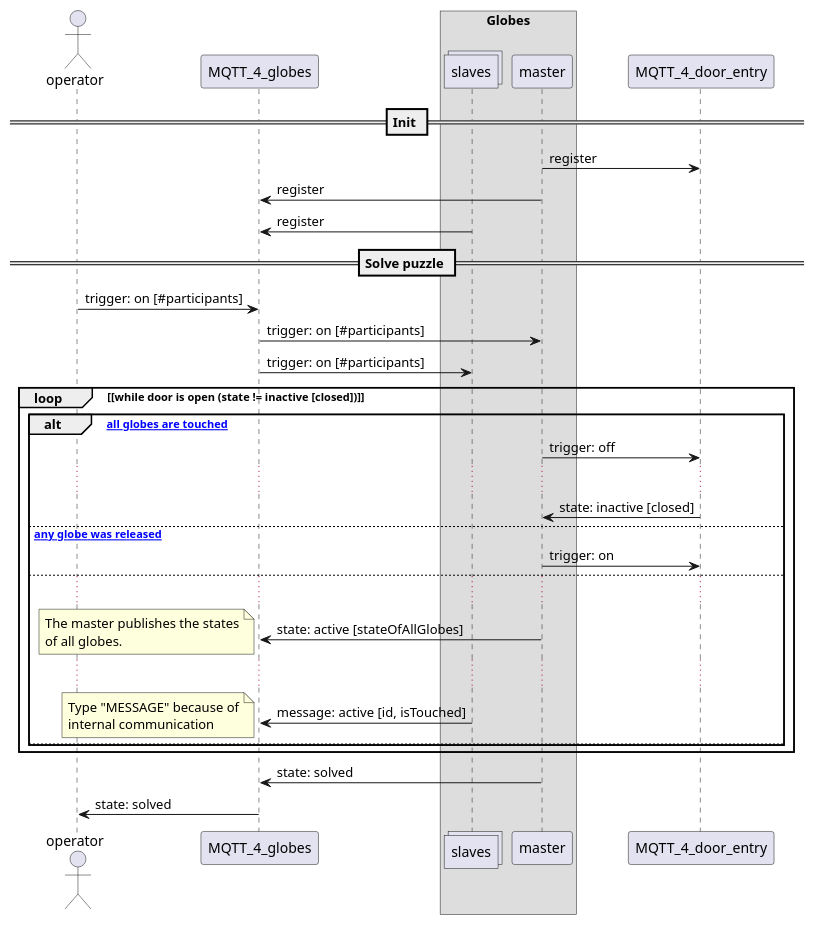
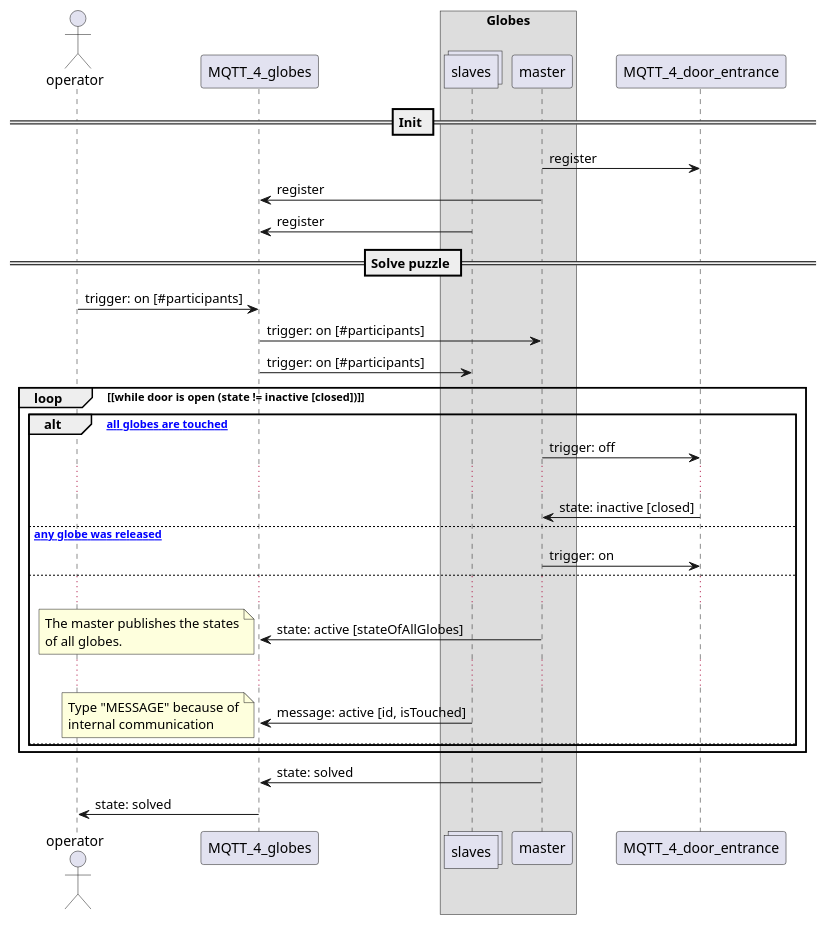
Before and after one commit to ubilab-ws21/operator: the diagram in design/group_4_puzzle_globes.puml, drawn with PlantUML. The commit also changed 1 other file, not shown here.

```diff
--- a/design/group_4_puzzle_globes.puml
+++ b/design/group_4_puzzle_globes.puml
@@ -1,47 +1,47 @@
 @startuml group_4_puzzle_globes
 actor operator
 participant MQTT_4_globes
 box "Globes"
     collections slaves
     participant master
 end box
-participant MQTT_4_door_entry
+participant MQTT_4_door_entrance
 
 == Init ==
-master -> MQTT_4_door_entry: register
+master -> MQTT_4_door_entrance: register
 master -> MQTT_4_globes: register
 slaves -> MQTT_4_globes: register
 
 == Solve puzzle ==
 operator -> MQTT_4_globes: trigger: on [#participants]
 MQTT_4_globes -> master: trigger: on [#participants]
 MQTT_4_globes -> slaves: trigger: on [#participants]
 
 loop [while door is open (state != inactive [closed])]
     alt [on all globes are touched]
-        master -> MQTT_4_door_entry: trigger: off
+        master -> MQTT_4_door_entrance: trigger: off
         ...
-        MQTT_4_door_entry -> master: state: inactive [closed]
+        MQTT_4_door_entrance -> master: state: inactive [closed]
     else [on any globe was released]
-        master -> MQTT_4_door_entry: trigger: on
+        master -> MQTT_4_door_entrance: trigger: on
     else
         ...
         master -> MQTT_4_globes: state: active [stateOfAllGlobes]
         note left
             The master publishes the states
             of all globes.
         end note
         ...
         slaves -> MQTT_4_globes: message: active [id, isTouched]
         note left
             Type "MESSAGE" because of
             internal communication
         end note
     else 
     end
 
 end
 
 MQTT_4_globes <- master: state: solved
 operator <- MQTT_4_globes: state: solved
 @enduml
```
